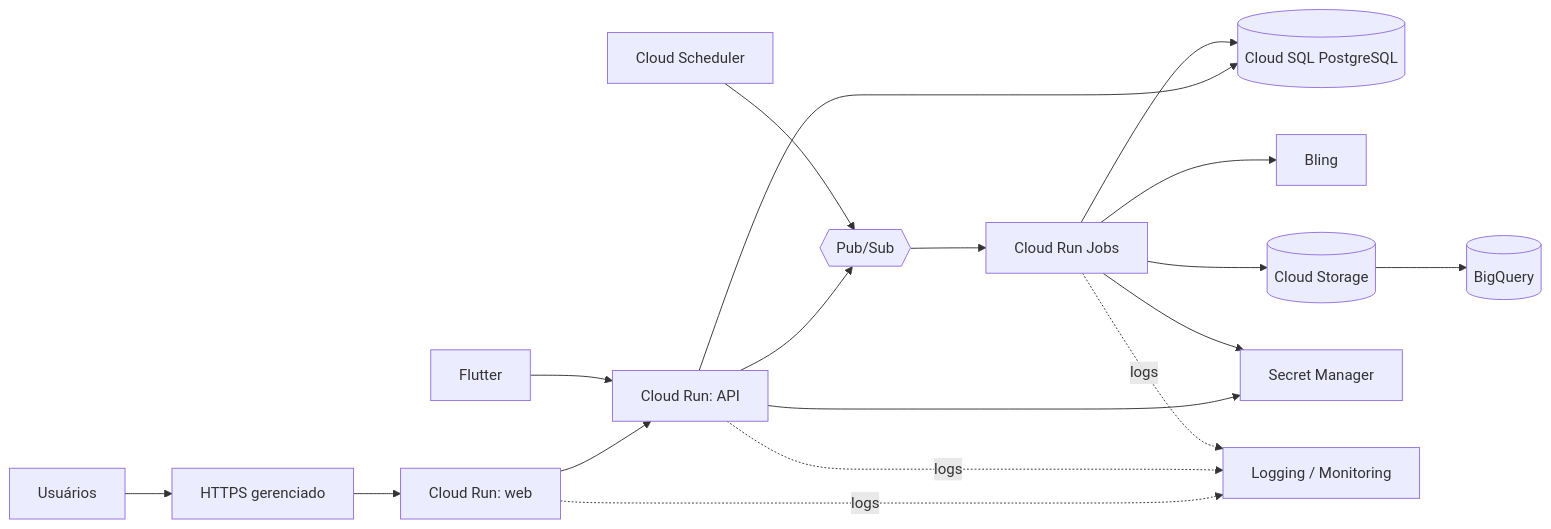
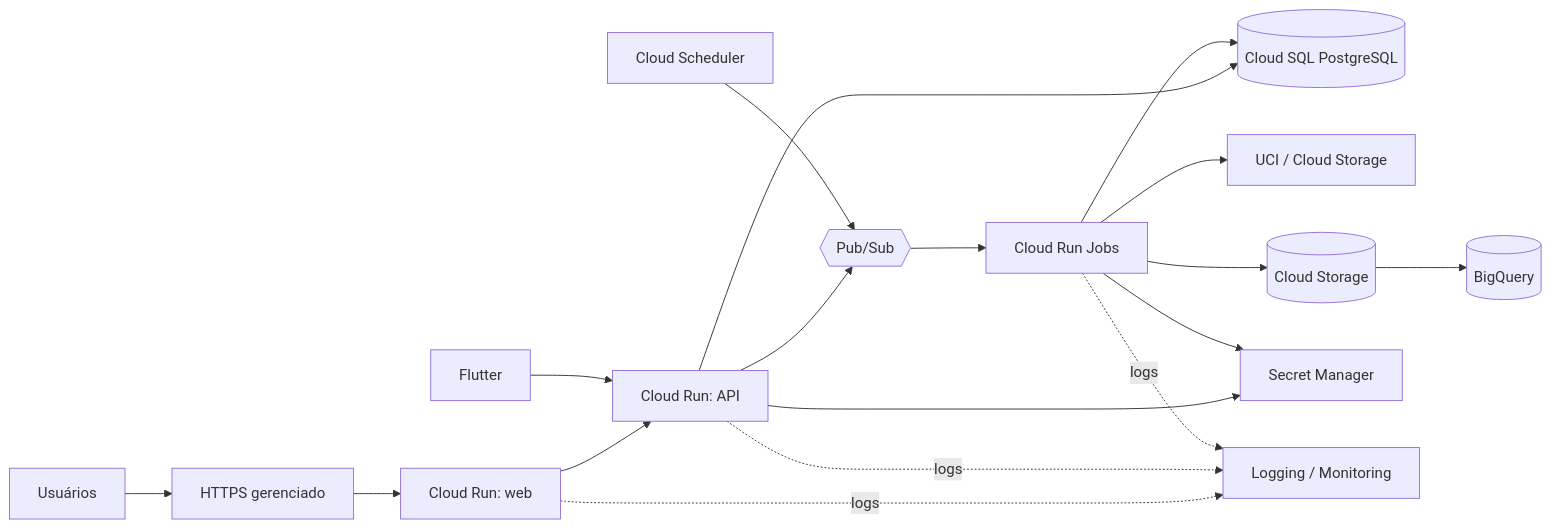
Before and after one commit to FatecFranca/DSM-G05-PI6-2026-2: the first of 2 diagrams in docs/04-computacao-em-nuvem.md, drawn with Mermaid. The commit also changed other lines of this file and 49 other files, not shown here.

Commit message:
feat(data): substitui Bling por pipeline UCI com IA e mensageria

````diff
--- a/docs/04-computacao-em-nuvem.md
+++ b/docs/04-computacao-em-nuvem.md
@@ -24,20 +24,20 @@
 ```mermaid
 flowchart LR
     internet[Usuários] --> lb[HTTPS gerenciado]
     lb --> web[Cloud Run: web]
     web --> api[Cloud Run: API]
     mobile[Flutter] --> api
     api --> sql[(Cloud SQL PostgreSQL)]
     api --> queue{{Pub/Sub}}
     scheduler[Cloud Scheduler] --> queue
     queue --> job[Cloud Run Jobs]
-    job --> bling[Bling]
+    job --> uci[UCI / Cloud Storage]
     job --> sql
     job --> storage[(Cloud Storage)]
     storage --> warehouse[(BigQuery)]
     api --> secrets[Secret Manager]
     job --> secrets
     web -. logs .-> monitor[Logging / Monitoring]
     api -. logs .-> monitor
     job -. logs .-> monitor
 ```
````
